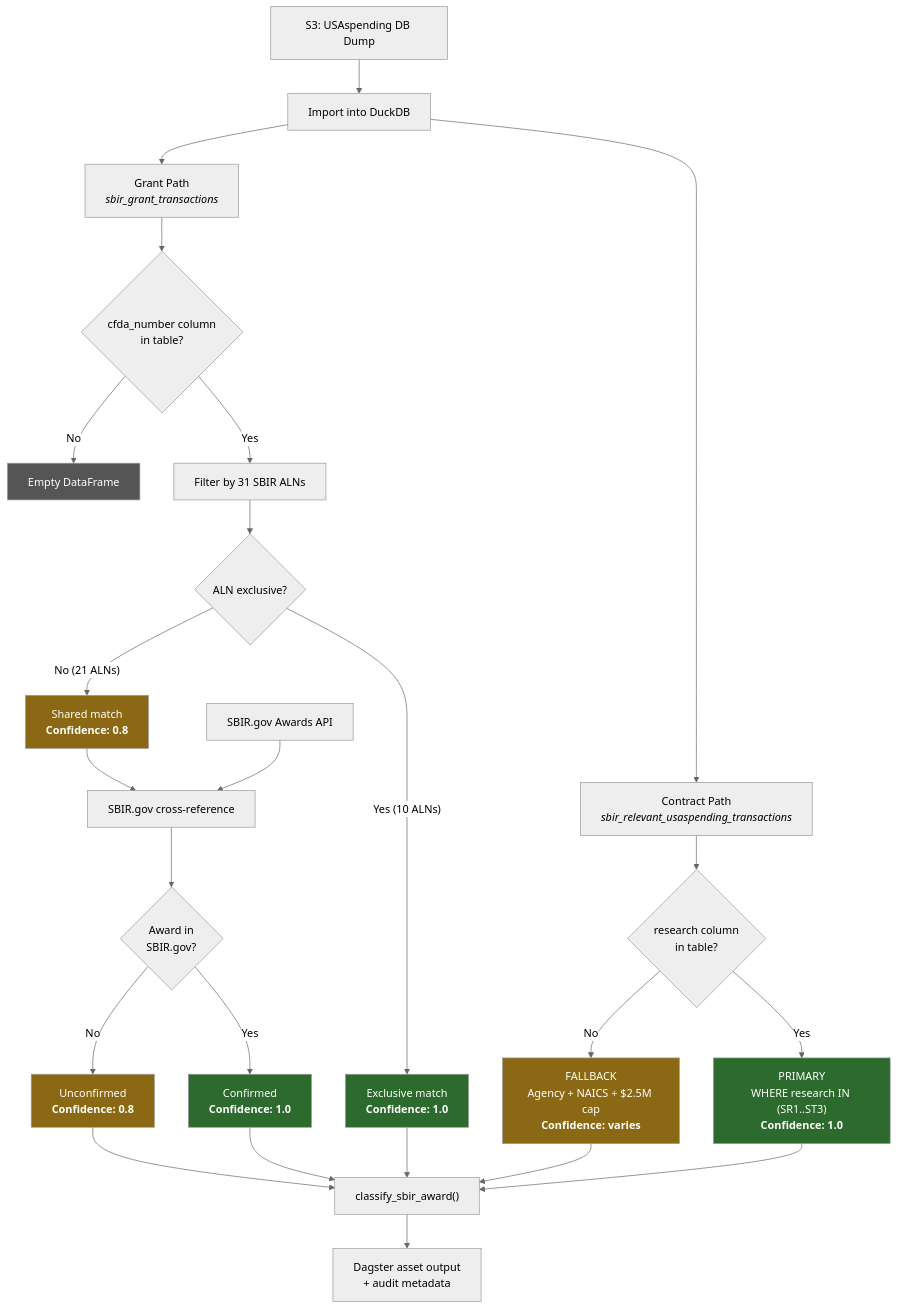
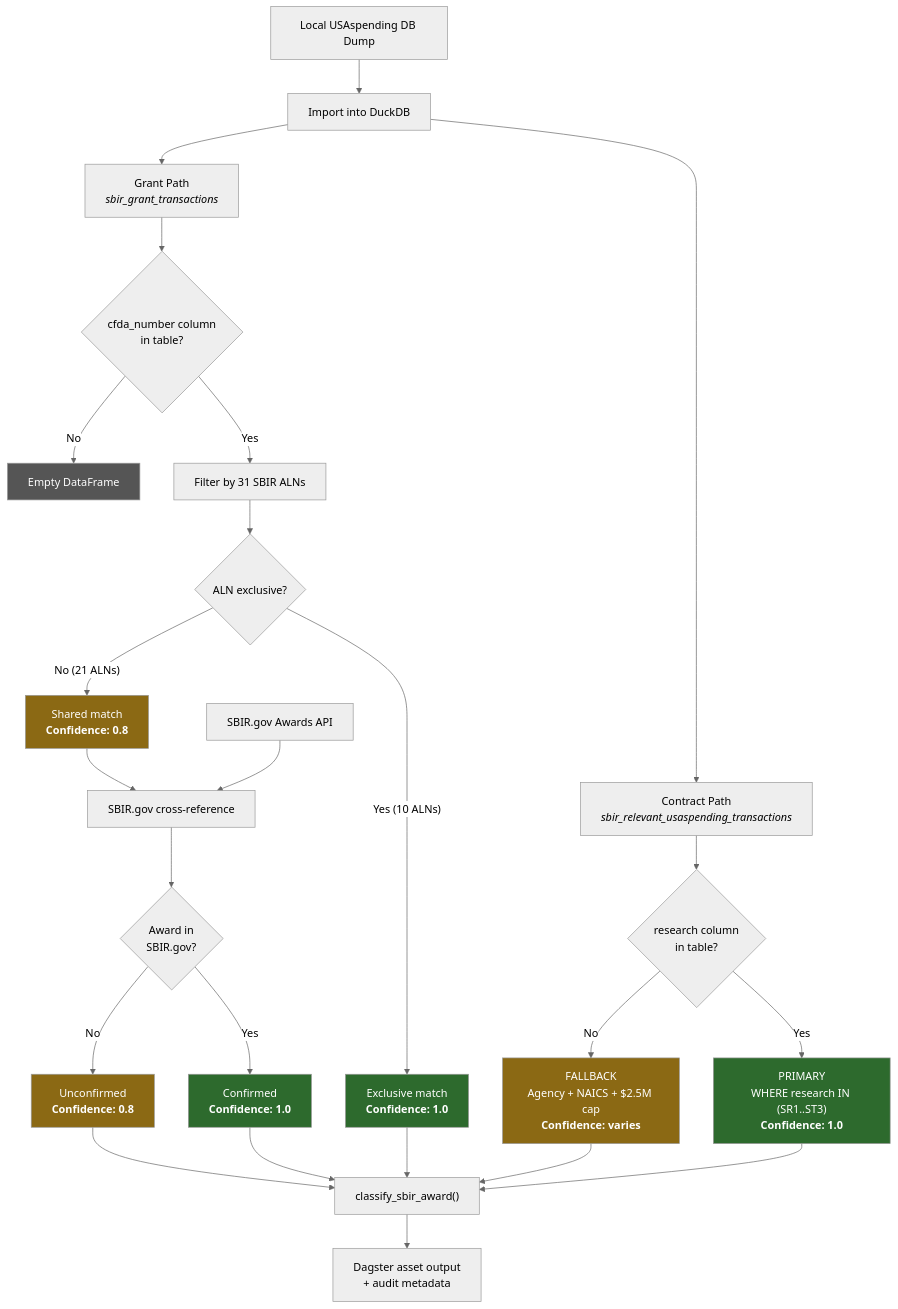
The diagram in docs/sbir-identification-methodology.md (hollomancer/sbir-analytics), drawn with Mermaid (neutral theme) before and after one commit. The commit also changed other lines of this file and 30 other files, not shown here.

````diff
--- a/docs/sbir-identification-methodology.md
+++ b/docs/sbir-identification-methodology.md
@@ -406,40 +406,40 @@
 ```mermaid
 flowchart TD
-    S3["S3: USAspending DB Dump"] --> IMPORT["Import into DuckDB"]
+    DUMP["Local USAspending DB Dump"] --> IMPORT["Import into DuckDB"]
     SBIRGOV["SBIR.gov Awards API"] --> XREF
 
     IMPORT --> FPDS["Contract Path<br/><i>sbir_relevant_usaspending_transactions</i>"]
     IMPORT --> FABS["Grant Path<br/><i>sbir_grant_transactions</i>"]
 
     FPDS --> RC{"research column<br/>in table?"}
     RC -->|Yes| AUTH["PRIMARY<br/>WHERE research IN (SR1..ST3)<br/><b>Confidence: 1.0</b>"]
     RC -->|No| HEUR["FALLBACK<br/>Agency + NAICS + $2.5M cap<br/><b>Confidence: varies</b>"]
 
     FABS --> CC{"cfda_number column<br/>in table?"}
     CC -->|No| EMPTY["Empty DataFrame"]
     CC -->|Yes| ALN["Filter by 31 SBIR ALNs"]
 
     ALN --> EX{"ALN exclusive?"}
     EX -->|"Yes (10 ALNs)"| EXCL["Exclusive match<br/><b>Confidence: 1.0</b>"]
     EX -->|"No (21 ALNs)"| SHARED["Shared match<br/><b>Confidence: 0.8</b>"]
 
     SHARED --> XREF["SBIR.gov cross-reference"]
     XREF --> MATCH{"Award in<br/>SBIR.gov?"}
     MATCH -->|Yes| CONFIRMED["Confirmed<br/><b>Confidence: 1.0</b>"]
     MATCH -->|No| UNCONF["Unconfirmed<br/><b>Confidence: 0.8</b>"]
 
     AUTH --> CLASSIFY["classify_sbir_award()"]
     HEUR --> CLASSIFY
     EXCL --> CLASSIFY
     CONFIRMED --> CLASSIFY
     UNCONF --> CLASSIFY
     CLASSIFY --> OUTPUT["Dagster asset output<br/>+ audit metadata"]
 
     style AUTH fill:#2d6a2d,color:#fff
     style EXCL fill:#2d6a2d,color:#fff
     style CONFIRMED fill:#2d6a2d,color:#fff
     style HEUR fill:#8b6914,color:#fff
     style SHARED fill:#8b6914,color:#fff
     style UNCONF fill:#8b6914,color:#fff
     style EMPTY fill:#555,color:#fff
 ```
````
